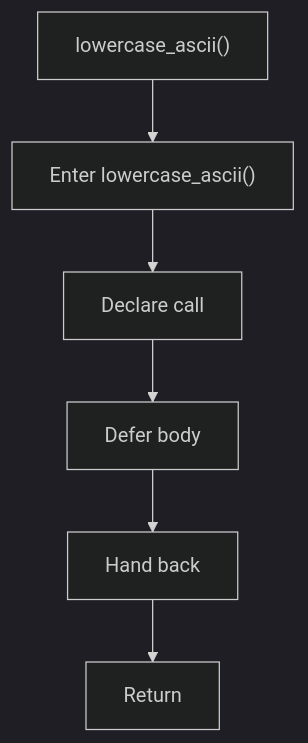
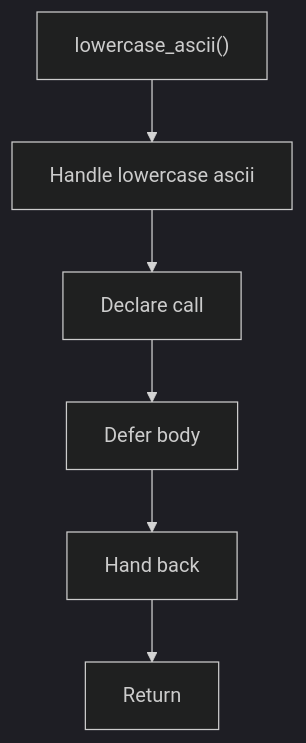
Before and after one commit to JohnAndrewBalbarosa/NeoTerritory: the fifth of 5 diagrams in docs/Codebase/Microservice/Modules/Header/SyntacticBrokenAST/Analysis/Lexical/language_tokens.hpp.md, drawn with Mermaid (dark theme). The commit also changed other lines of this file and 925 other files, not shown here.

````diff
--- a/docs/Codebase/Microservice/Modules/Header/SyntacticBrokenAST/Analysis/Lexical/language_tokens.hpp.md
+++ b/docs/Codebase/Microservice/Modules/Header/SyntacticBrokenAST/Analysis/Lexical/language_tokens.hpp.md
@@ -148,14 +147,14 @@
 ```mermaid
 flowchart TD
     Start["lowercase_ascii()"]
-    N0["Enter lowercase_ascii()"]
+    N0["Handle lowercase ascii"]
     N1["Declare call"]
     N2["Defer body"]
     N3["Hand back"]
     End["Return"]
     Start --> N0
     N0 --> N1
     N1 --> N2
     N2 --> N3
     N3 --> End
 ```
````
